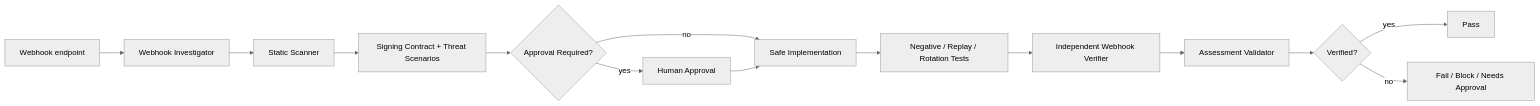
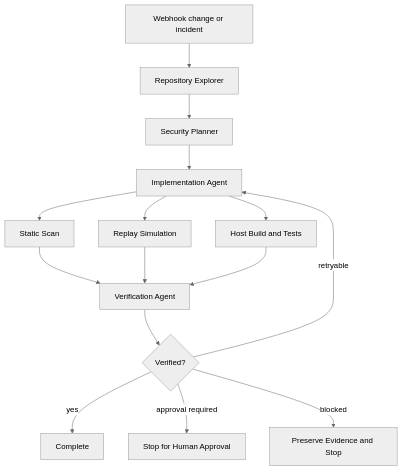
The diagram in Daily AI Engineering Kit/agent-webhook-signature-replay-protection-gate/README.md (hakodev2k/AI-Engineering), drawn with Mermaid (neutral theme) before and after one commit. The commit also changed other lines of this file and 18 other files, not shown here.

Commit message:
Daily AI Engineering Kit for agent-webhook-signature-replay-protection-gate

````diff
--- a/Daily AI Engineering Kit/agent-webhook-signature-replay-protection-gate/README.md
+++ b/Daily AI Engineering Kit/agent-webhook-signature-replay-protection-gate/README.md
@@ -19,16 +34,17 @@
 ```mermaid
-flowchart LR
-  T[Webhook endpoint] --> I[Webhook Investigator]
-  I --> S[Static Scanner]
-  S --> C[Signing Contract + Threat Scenarios]
-  C --> A{Approval Required?}
-  A -->|yes| H[Human Approval]
-  A -->|no| E[Safe Implementation]
-  H --> E
-  E --> N[Negative / Replay / Rotation Tests]
-  N --> V[Independent Webhook Verifier]
-  V --> R[Assessment Validator]
-  R --> D{Verified?}
-  D -->|yes| P[Pass]
-  D -->|no| F[Fail / Block / Needs Approval]
+flowchart TD
+    T[Webhook change or incident] --> E[Repository Explorer]
+    E --> P[Security Planner]
+    P --> I[Implementation Agent]
+    I --> S[Static Scan]
+    I --> R[Replay Simulation]
+    I --> B[Host Build and Tests]
+    S --> V[Verification Agent]
+    R --> V
+    B --> V
+    V --> D{Verified?}
+    D -- yes --> C[Complete]
+    D -- retryable --> I
+    D -- approval required --> A[Stop for Human Approval]
+    D -- blocked --> X[Preserve Evidence and Stop]
 ```
````
